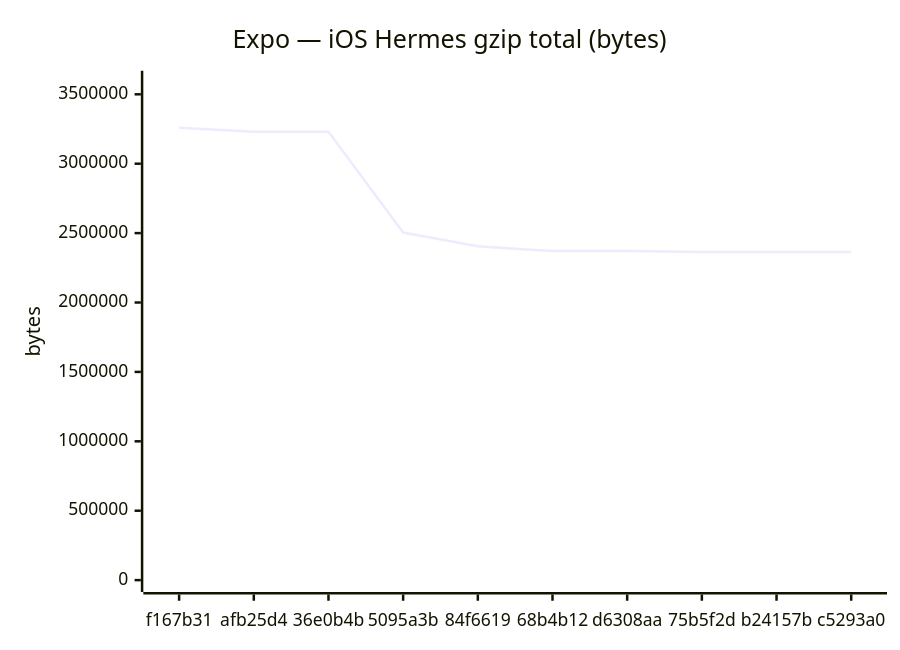
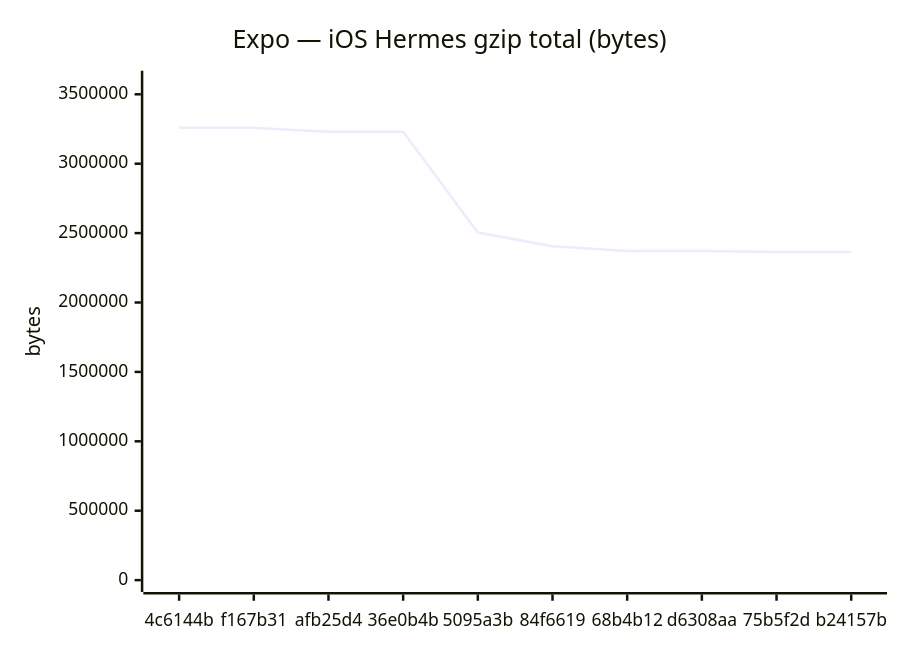
The sixth of 18 diagrams in benchmarks/compare.md (Metaheurist/Rianell), drawn with Mermaid before and after one commit. The commit also changed other lines of this file and 11 other files, not shown here.

````diff
--- a/benchmarks/compare.md
+++ b/benchmarks/compare.md
@@ -96,7 +96,7 @@
 ```mermaid
 xychart-beta
     title "Expo — iOS Hermes gzip total (bytes)"
-    x-axis ["f167b31", "afb25d4", "36e0b4b", "5095a3b", "84f6619", "68b4b12", "d6308aa", "75b5f2d", "b24157b", "c5293a0"]
-    y-axis "bytes" 0 --> 3584098
-    line [3258270, 3230867, 3230712, 2504401, 2405024, 2370491, 2370493, 2363429, 2363431, 2363430]
+    x-axis ["4c6144b", "f167b31", "afb25d4", "36e0b4b", "5095a3b", "84f6619", "68b4b12", "d6308aa", "75b5f2d", "b24157b"]
+    y-axis "bytes" 0 --> 3584101
+    line [3258273, 3258270, 3230867, 3230712, 2504401, 2405024, 2370491, 2370493, 2363429, 2363431]
 ```
````
